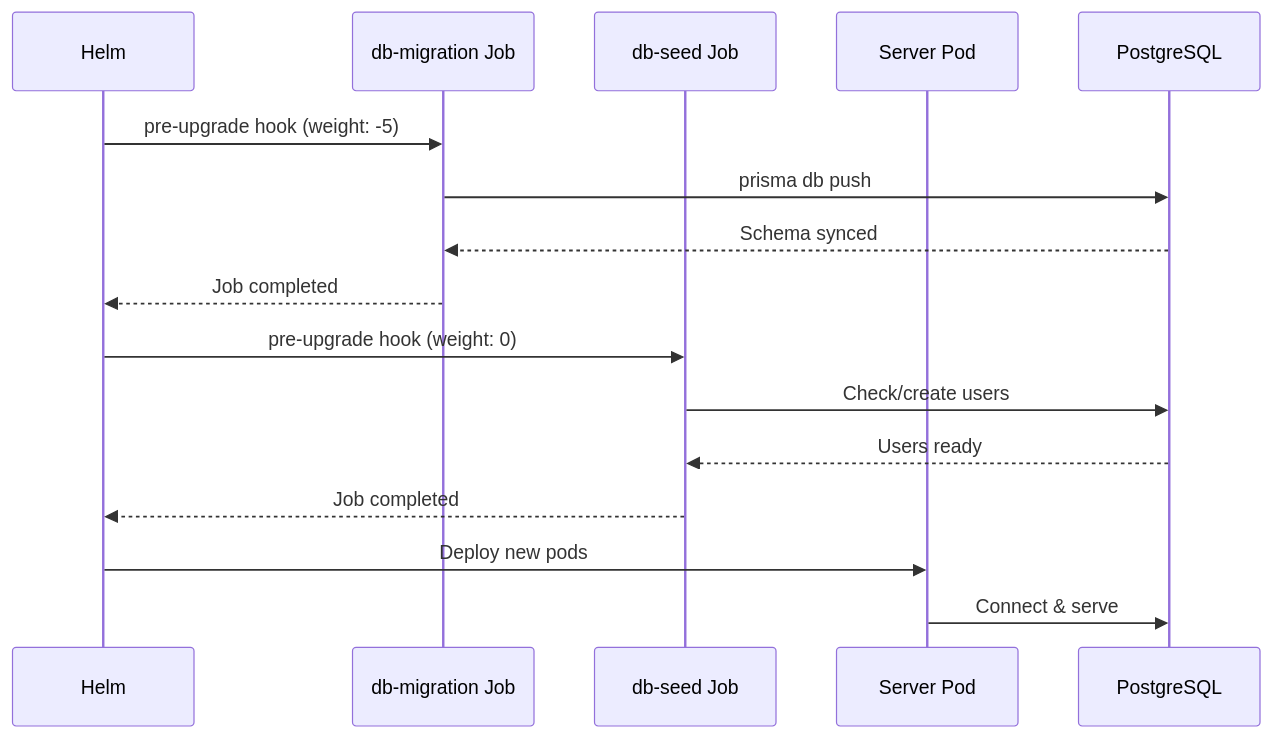
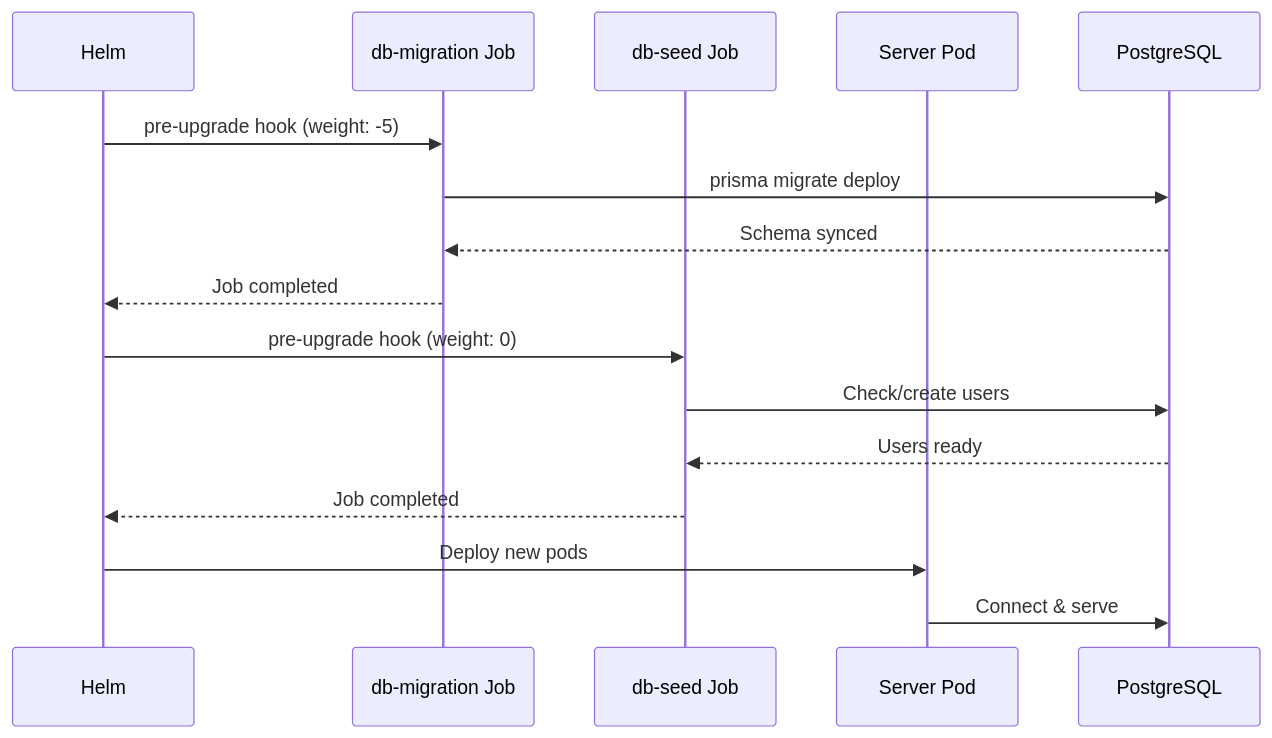
Before and after one commit to italia/graph-italia: the seventh of 15 diagrams in README.md, drawn with Mermaid. The commit also changed other lines of this file and 10 other files, not shown here.

First line of the commit message:
fix(helm): harden and automate legacy Prisma migration flow

````diff
--- a/README.md
+++ b/README.md
@@ -610,21 +610,21 @@
 ```mermaid
 sequenceDiagram
     participant Helm
     participant Migration as db-migration Job
     participant Seed as db-seed Job
     participant Server as Server Pod
     participant DB as PostgreSQL
 
     Helm->>Migration: pre-upgrade hook (weight: -5)
-    Migration->>DB: prisma db push
+    Migration->>DB: prisma migrate deploy
     DB-->>Migration: Schema synced
     Migration-->>Helm: Job completed
 
     Helm->>Seed: pre-upgrade hook (weight: 0)
     Seed->>DB: Check/create users
     DB-->>Seed: Users ready
     Seed-->>Helm: Job completed
 
     Helm->>Server: Deploy new pods
     Server->>DB: Connect & serve
 ```
````
